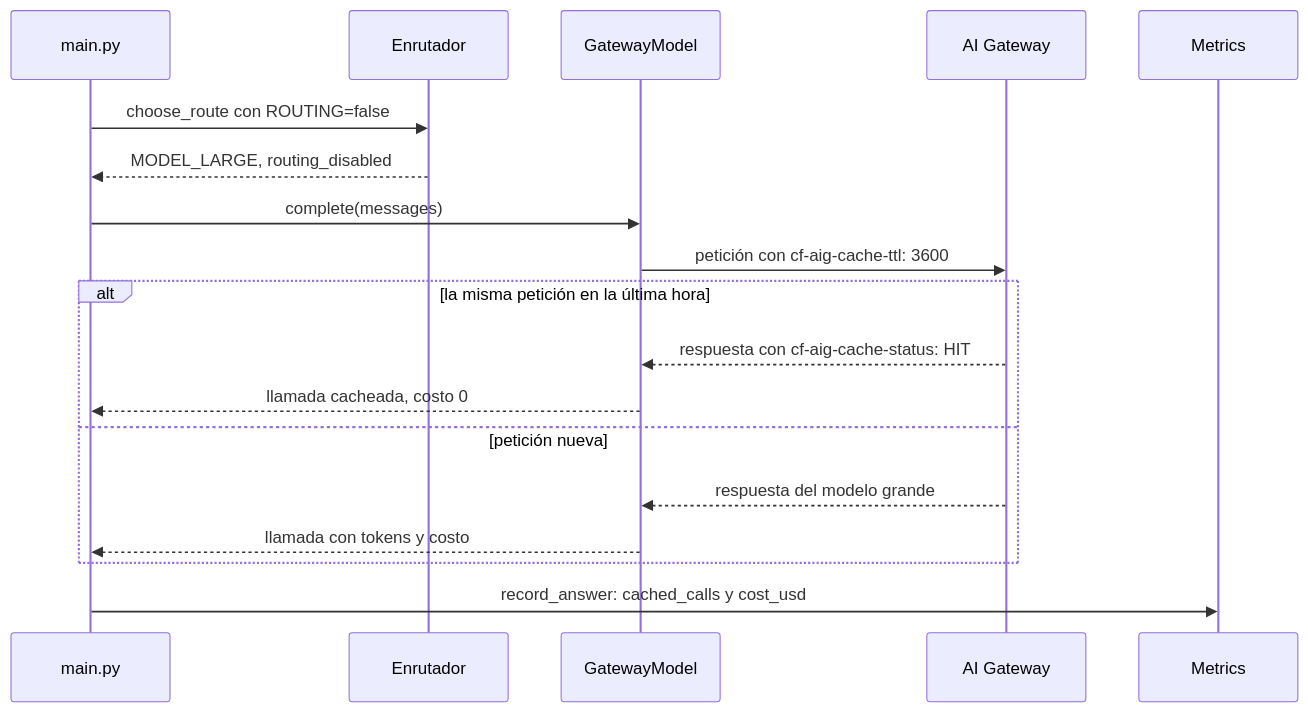
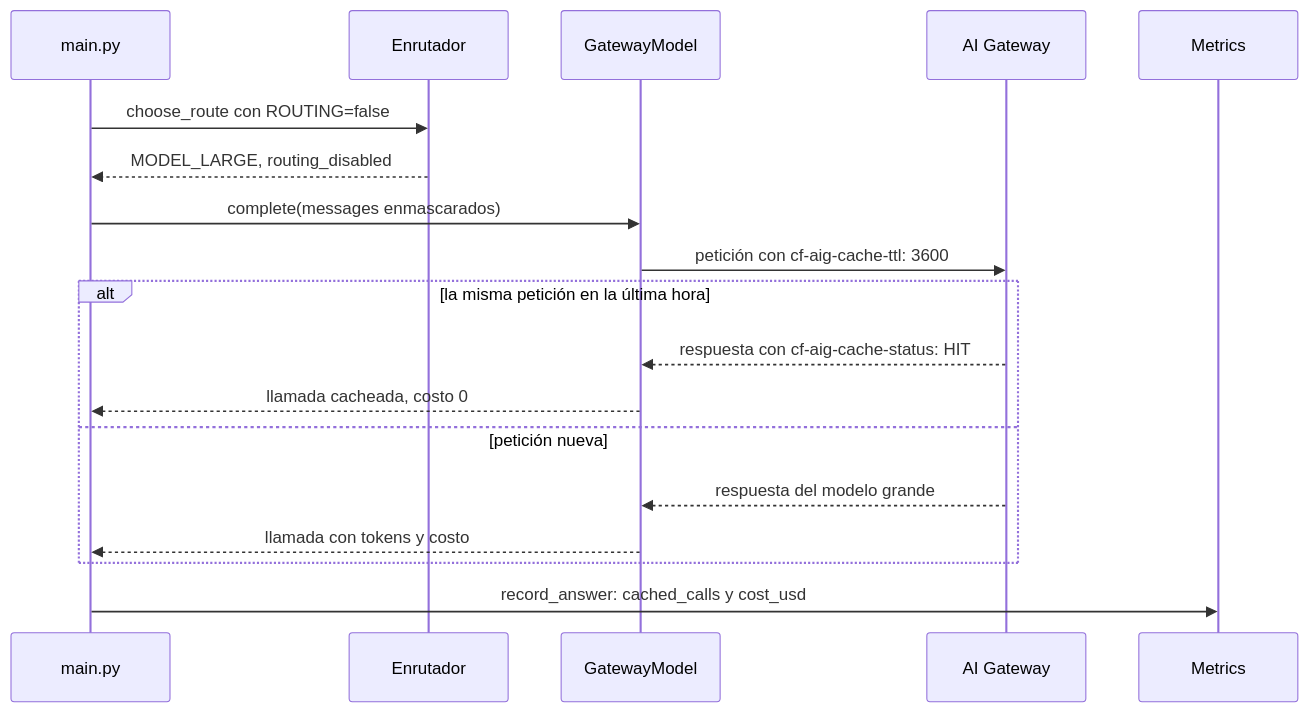
One commit to EAPH96/Fabric-AI-M4 changed the fifth of 5 diagrams in politicas/doc/architecture.md. Above: the diagram before and after it, drawn with Mermaid. The commit also changed other lines of this file and 22 other files, not shown here.

````diff
--- a/politicas/doc/architecture.md
+++ b/politicas/doc/architecture.md
@@ -99,20 +139,20 @@
 ```mermaid
 sequenceDiagram
     participant API as main.py
     participant RT as Enrutador
     participant GW as GatewayModel
     participant AIG as AI Gateway
     participant MET as Metrics
     API->>RT: choose_route con ROUTING=false
     RT-->>API: MODEL_LARGE, routing_disabled
-    API->>GW: complete(messages)
+    API->>GW: complete(messages enmascarados)
     GW->>AIG: petición con cf-aig-cache-ttl: 3600
     alt la misma petición en la última hora
         AIG-->>GW: respuesta con cf-aig-cache-status: HIT
         GW-->>API: llamada cacheada, costo 0
     else petición nueva
         AIG-->>GW: respuesta del modelo grande
         GW-->>API: llamada con tokens y costo
     end
     API->>MET: record_answer: cached_calls y cost_usd
 ```
````
